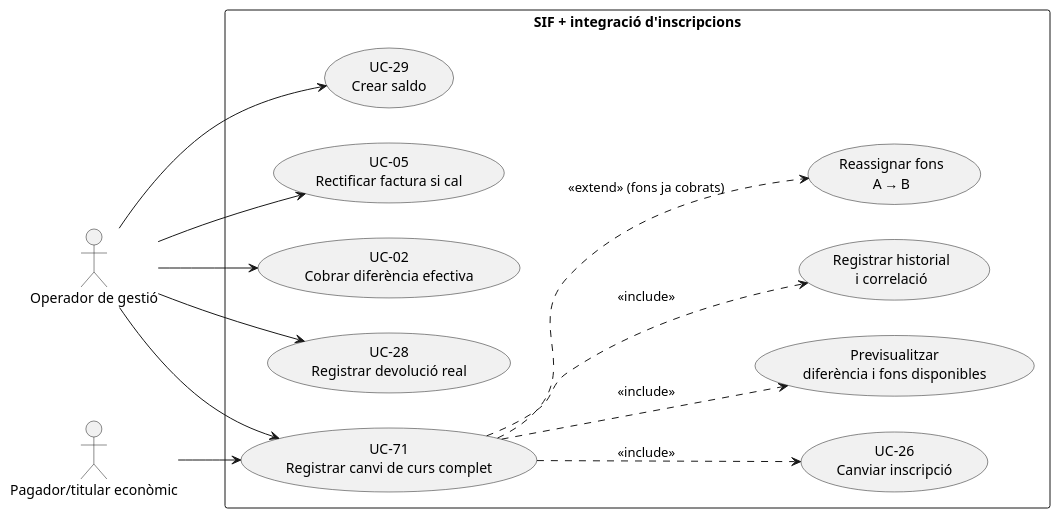
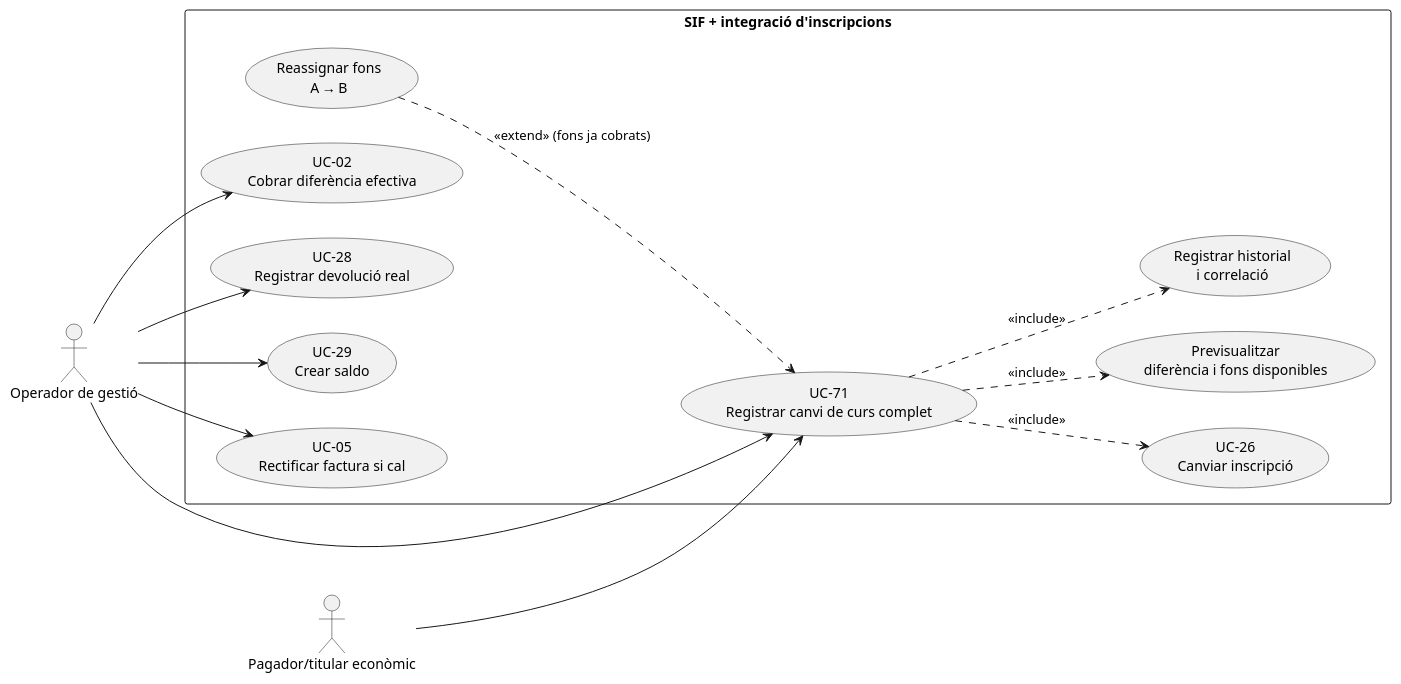
Before and after one commit to orgmeriemprismacat-del/verifactu: the first of 4 diagrams in documentacio/07-uml-integrat/uc-071-registrar-canvi-curs-complet.md, drawn with PlantUML.

Commit message:
docs: corregir sentit de relació UML extend a uc-071-registrar-canvi-curs-complet.md

````diff
--- a/documentacio/07-uml-integrat/uc-071-registrar-canvi-curs-complet.md
+++ b/documentacio/07-uml-integrat/uc-071-registrar-canvi-curs-complet.md
@@ -55,28 +55,28 @@
 ```plantuml
 @startuml
 left to right direction
 actor "Operador de gestió" as O
 actor "Pagador/titular econòmic" as P
 rectangle "SIF + integració d'inscripcions" {
  usecase "UC-71\nRegistrar canvi de curs complet" as Main
  usecase "UC-26\nCanviar inscripció" as A
  usecase "Previsualitzar\ndiferència i fons disponibles" as Prev
  usecase "Registrar historial\ni correlació" as Ev
  usecase "Reassignar fons\nA → B" as Funds
  usecase "UC-02\nCobrar diferència efectiva" as Pay
  usecase "UC-28\nRegistrar devolució real" as Ref
  usecase "UC-29\nCrear saldo" as Credit
  usecase "UC-05\nRectificar factura si cal" as Rect
 }
 O --> Main
 P --> Main
 Main ..> Prev : <<include>>
 Main ..> A : <<include>>
 Main ..> Ev : <<include>>
-Main ..> Funds : <<extend>> (fons ja cobrats)
+Funds ..> Main : <<extend>> (fons ja cobrats)
 O --> Pay
 O --> Ref
 O --> Credit
 O --> Rect
 @enduml
 ```
````
